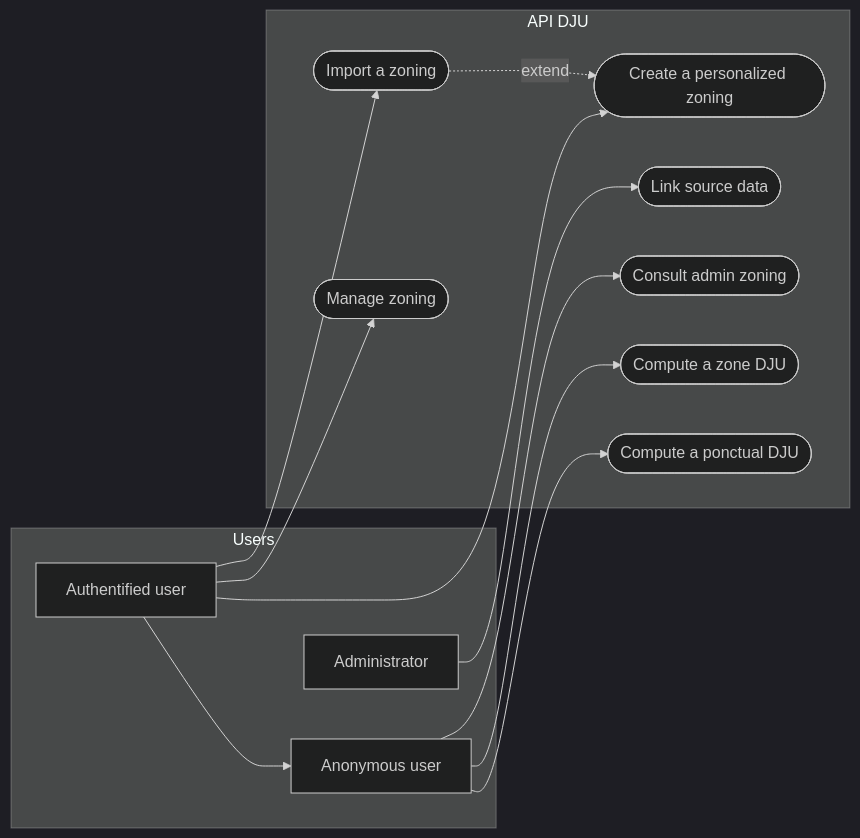
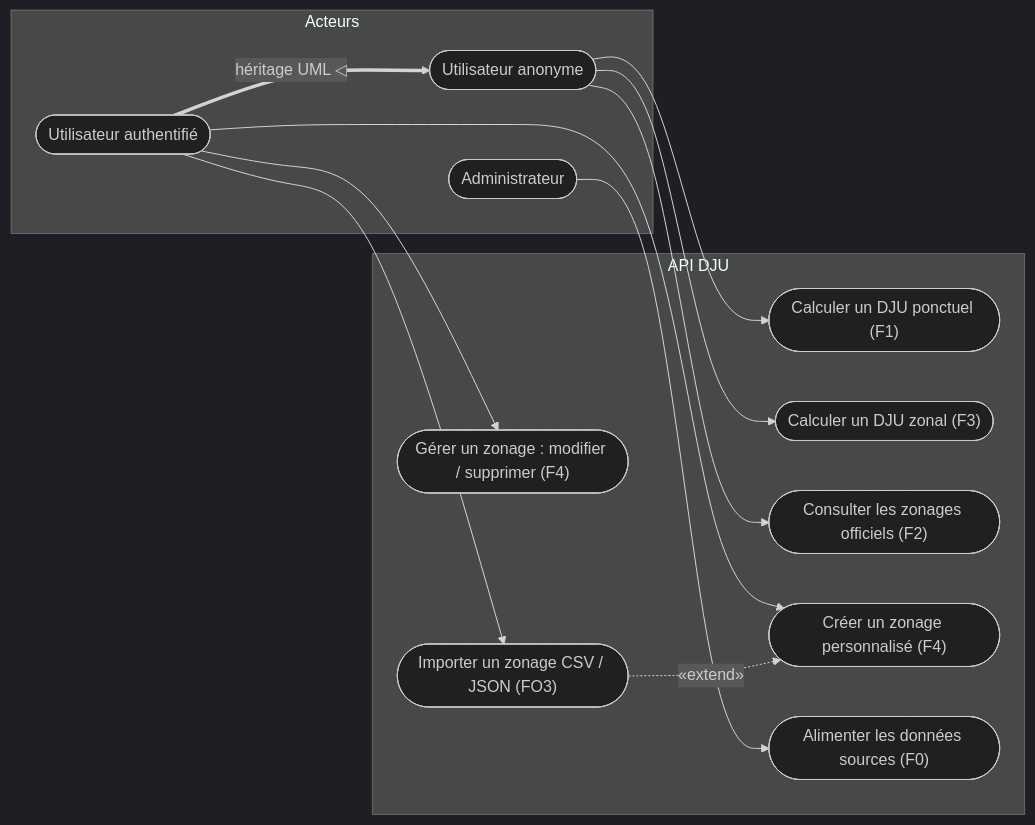
Before and after one commit to gabriel-dahan/ensai-it-project-2a-team12: the diagram in doc/use_case_diagram.md, drawn with Mermaid (dark theme). The commit also changed other lines of this file and 29 other files, not shown here.

Commit message:
New diagrams & reporr

````diff
--- a/doc/use_case_diagram.md
+++ b/doc/use_case_diagram.md
@@ -1,32 +16,32 @@
 ```mermaid
 flowchart LR
-  subgraph Users
-    Anonyme["Anonymous user"]
-    Authentifie["Authentified user"]
-    Admin["Administrator"]
+  subgraph Acteurs
+    Admin(["Administrateur"])
+    Authentifie(["Utilisateur authentifié"])
+    Anonyme(["Utilisateur anonyme"])
   end
 
-  Authentifie --> Anonyme
+  Authentifie ==>|"héritage UML ◁"| Anonyme
 
-  subgraph API_DJU["API DJU"]
-    UC1(["Compute a ponctual DJU"])
-    UC2(["Compute a zone DJU"])
-    UC3(["Consult admin zoning"])
-    UC4(["Create a personalized zoning"])
-    UC5(["Manage zoning"])
-    UC6(["Import a zoning"])
-    UC7(["Link source data"])
+  subgraph API["API DJU"]
+    UC1(["Calculer un DJU ponctuel (F1)"])
+    UC2(["Calculer un DJU zonal (F3)"])
+    UC3(["Consulter les zonages officiels (F2)"])
+    UC4(["Créer un zonage personnalisé (F4)"])
+    UC5(["Gérer un zonage : modifier / supprimer (F4)"])
+    UC6(["Importer un zonage CSV / JSON (FO3)"])
+    UC7(["Alimenter les données sources (F0)"])
   end
 
   Anonyme --> UC1
   Anonyme --> UC2
   Anonyme --> UC3
 
   Authentifie --> UC4
   Authentifie --> UC5
   Authentifie --> UC6
 
   Admin --> UC7
 
-  UC6 -.->|extend| UC4
+  UC6 -.->|"«extend»"| UC4
 ```
````
